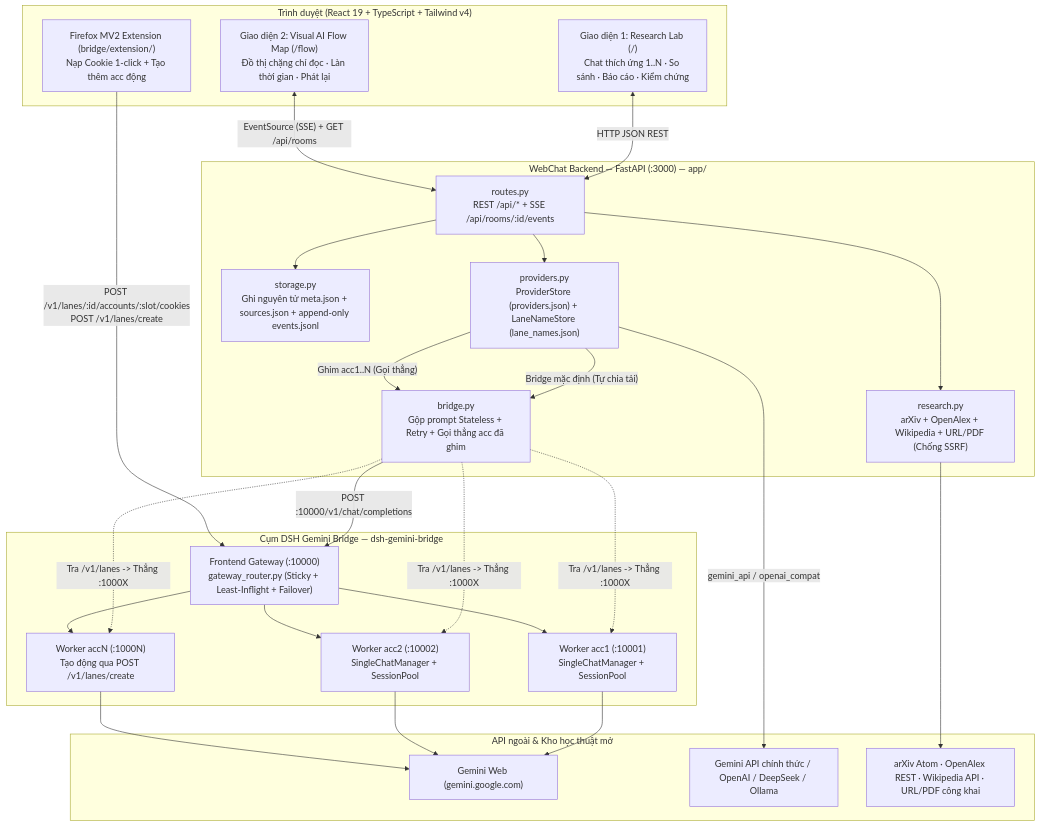
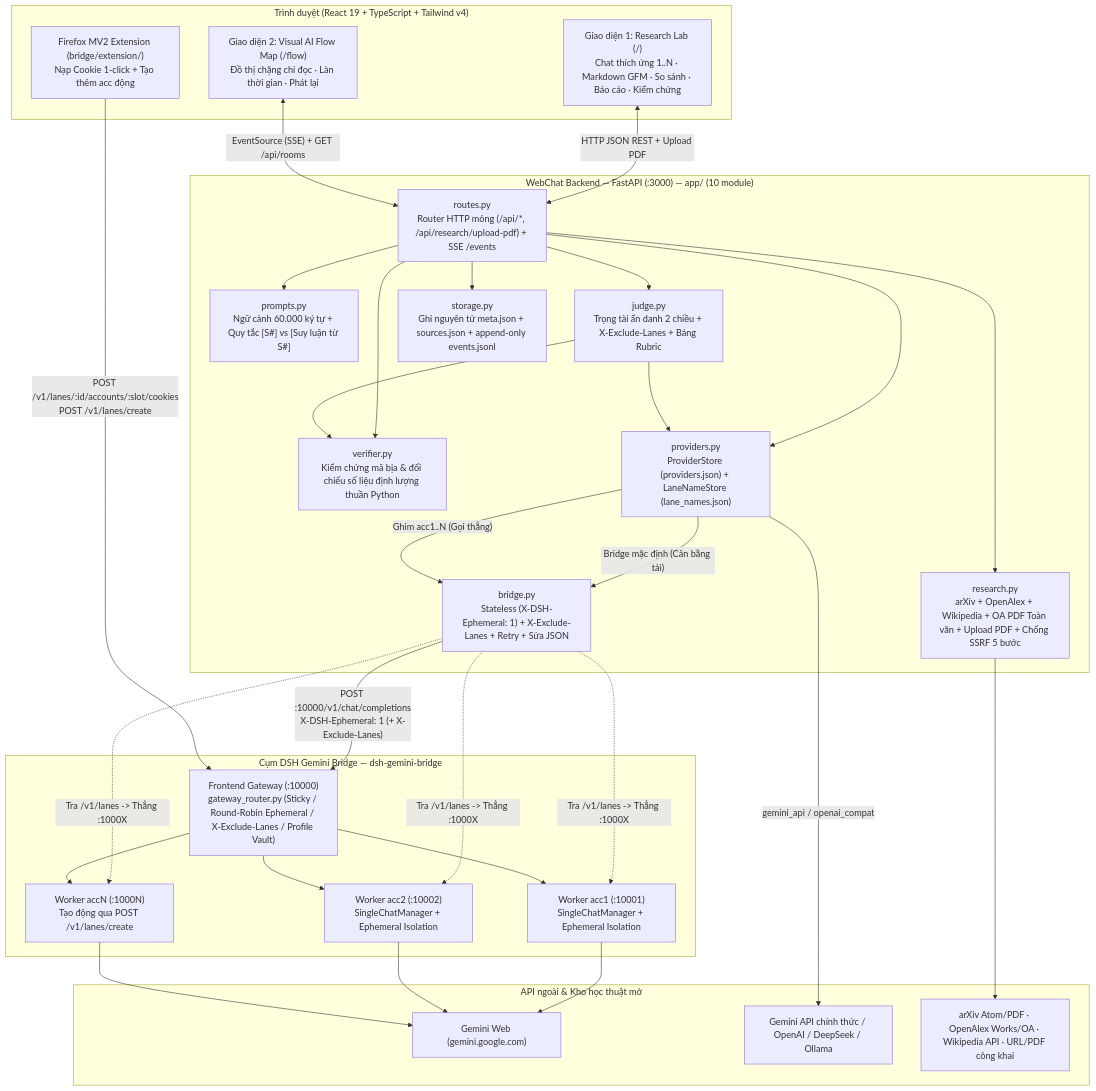
Before and after one commit to Khai-1711/research_ai_web: the first of 2 diagrams in docs/ARCHITECTURE.vi.md, drawn with Mermaid. The commit also changed other lines of this file and 8 other files, not shown here.

Commit message:
docs: rewrite architecture docs and add step-by-step web usage guide

````diff
--- a/docs/ARCHITECTURE.vi.md
+++ b/docs/ARCHITECTURE.vi.md
@@ -13,41 +13,48 @@
 ```mermaid
 flowchart TB
     subgraph Browser["Trình duyệt (React 19 + TypeScript + Tailwind v4)"]
-        UI1["Giao diện 1: Research Lab (/)<br/>Chat thích ứng 1..N · So sánh · Báo cáo · Kiểm chứng"]
+        UI1["Giao diện 1: Research Lab (/)<br/>Chat thích ứng 1..N · Markdown GFM · So sánh · Báo cáo · Kiểm chứng"]
         UI2["Giao diện 2: Visual AI Flow Map (/flow)<br/>Đồ thị chặng chỉ đọc · Làn thời gian · Phát lại"]
         EXT["Firefox MV2 Extension (bridge/extension/)<br/>Nạp Cookie 1-click + Tạo thêm acc động"]
     end
 
-    subgraph WebChat["WebChat Backend — FastAPI (:3000) — app/"]
-        ROUTES["routes.py<br/>REST /api/* + SSE /api/rooms/:id/events"]
+    subgraph WebChat["WebChat Backend — FastAPI (:3000) — app/ (10 module)"]
+        ROUTES["routes.py<br/>Router HTTP mỏng (/api/*, /api/research/upload-pdf) + SSE /events"]
+        PROMPTS["prompts.py<br/>Ngữ cảnh 60.000 ký tự + Quy tắc [S#] vs [Suy luận từ S#]"]
+        VERIFIER["verifier.py<br/>Kiểm chứng mã bịa & đối chiếu số liệu định lượng thuần Python"]
+        JUDGE["judge.py<br/>Trọng tài ẩn danh 2 chiều + X-Exclude-Lanes + Bảng Rubric"]
         STORE["storage.py<br/>Ghi nguyên tử meta.json + sources.json + append-only events.jsonl"]
         PROV["providers.py<br/>ProviderStore (providers.json) + LaneNameStore (lane_names.json)"]
-        RES["research.py<br/>arXiv + OpenAlex + Wikipedia + URL/PDF (Chống SSRF)"]
-        BCLIENT["bridge.py<br/>Gộp prompt Stateless + Retry + Gọi thẳng acc đã ghim"]
+        RES["research.py<br/>arXiv + OpenAlex + Wikipedia + OA PDF Toàn văn + Upload PDF + Chống SSRF 5 bước"]
+        BCLIENT["bridge.py<br/>Stateless (X-DSH-Ephemeral: 1) + X-Exclude-Lanes + Retry + Sửa JSON"]
     end
 
     subgraph Bridge["Cụm DSH Gemini Bridge — dsh-gemini-bridge"]
-        GW["Frontend Gateway (:10000)<br/>gateway_router.py (Sticky + Least-Inflight + Failover)"]
-        W1["Worker acc1 (:10001)<br/>SingleChatManager + SessionPool"]
-        W2["Worker acc2 (:10002)<br/>SingleChatManager + SessionPool"]
+        GW["Frontend Gateway (:10000)<br/>gateway_router.py (Sticky / Round-Robin Ephemeral / X-Exclude-Lanes / Profile Vault)"]
+        W1["Worker acc1 (:10001)<br/>SingleChatManager + Ephemeral Isolation"]
+        W2["Worker acc2 (:10002)<br/>SingleChatManager + Ephemeral Isolation"]
         WN["Worker accN (:1000N)<br/>Tạo động qua POST /v1/lanes/create"]
     end
 
     subgraph External["API ngoài & Kho học thuật mở"]
         GEMWEB["Gemini Web (gemini.google.com)"]
         EXTAPI["Gemini API chính thức / OpenAI / DeepSeek / Ollama"]
-        ACAD["arXiv Atom · OpenAlex REST · Wikipedia API · URL/PDF công khai"]
+        ACAD["arXiv Atom/PDF · OpenAlex Works/OA · Wikipedia API · URL/PDF công khai"]
     end
 
-    UI1 <-->|"HTTP JSON REST"| ROUTES
+    UI1 <-->|"HTTP JSON REST + Upload PDF"| ROUTES
     UI2 <-->|"EventSource (SSE) + GET /api/rooms"| ROUTES
+    ROUTES --> PROMPTS
+    ROUTES --> VERIFIER
+    ROUTES --> JUDGE --> VERIFIER
     ROUTES --> STORE
     ROUTES --> RES --> ACAD
     ROUTES --> PROV
-    PROV -->|"Bridge mặc định (Tự chia tải)"| BCLIENT -->|"POST :10000/v1/chat/completions"| GW
+    JUDGE --> PROV
+    PROV -->|"Bridge mặc định (Cân bằng tải)"| BCLIENT -->|"POST :10000/v1/chat/completions<br/>X-DSH-Ephemeral: 1 (+ X-Exclude-Lanes)"| GW
     PROV -->|"Ghim acc1..N (Gọi thẳng)"| BCLIENT -.->|"Tra /v1/lanes -> Thẳng :1000X"| W1 & W2 & WN
     PROV -->|"gemini_api / openai_compat"| EXTAPI
     GW --> W1 & W2 & WN
     W1 & W2 & WN --> GEMWEB
     EXT -->|"POST /v1/lanes/:id/accounts/:slot/cookies<br/>POST /v1/lanes/create"| GW
 ```
````
